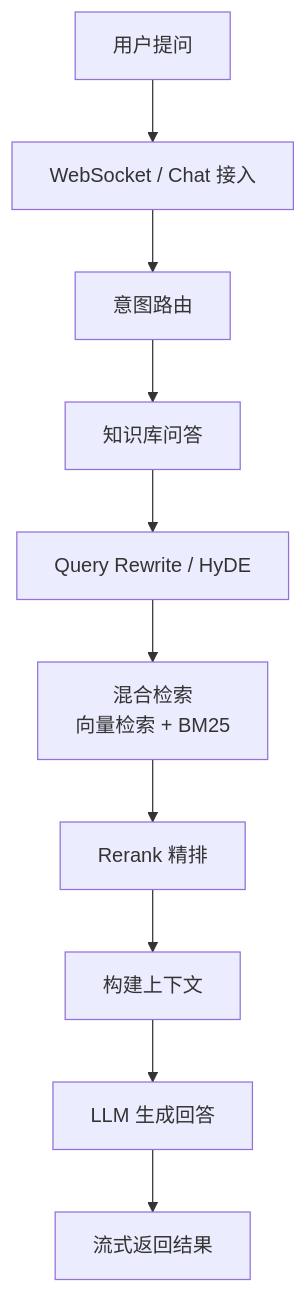
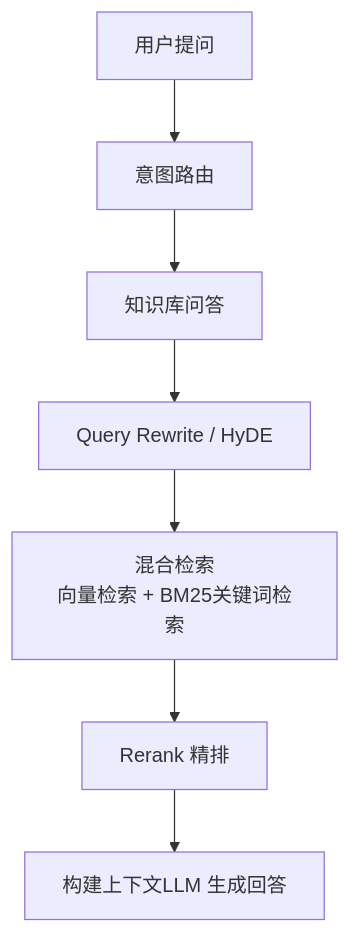
Before and after one commit to solarlemon/OmniSeek: the second of 2 diagrams in README.md, drawn with Mermaid. The commit also changed other lines of this file, not shown here.

Commit message:
docs(readme): 更新技术栈与工作流流程图
移除前端技术栈条目，删除冗余的WebSocket接入与流式返回步骤，调整流程图顺序并优化混合检索描述

````diff
--- a/README.md
+++ b/README.md
@@ -50,13 +49,9 @@
 ```mermaid
 flowchart TD
-    A[用户提问] --> B[WebSocket / Chat 接入]
-    B --> C[意图路由]
-    C --> D[知识库问答]
-
-    D --> E[Query Rewrite / HyDE]
-    E --> F[混合检索<br/>向量检索 + BM25]
-    F --> G[Rerank 精排]
-    G --> H[构建上下文]
-    H --> I[LLM 生成回答]
-    I --> J[流式返回结果]
+    A[用户提问] --> B[意图路由]
+    B --> C[知识库问答]
+    C --> D[Query Rewrite / HyDE]
+    D --> E[混合检索<br/>向量检索 + BM25关键词检索]
+    E --> F[Rerank 精排]
+    F --> G[构建上下文LLM 生成回答]
 ```
````
